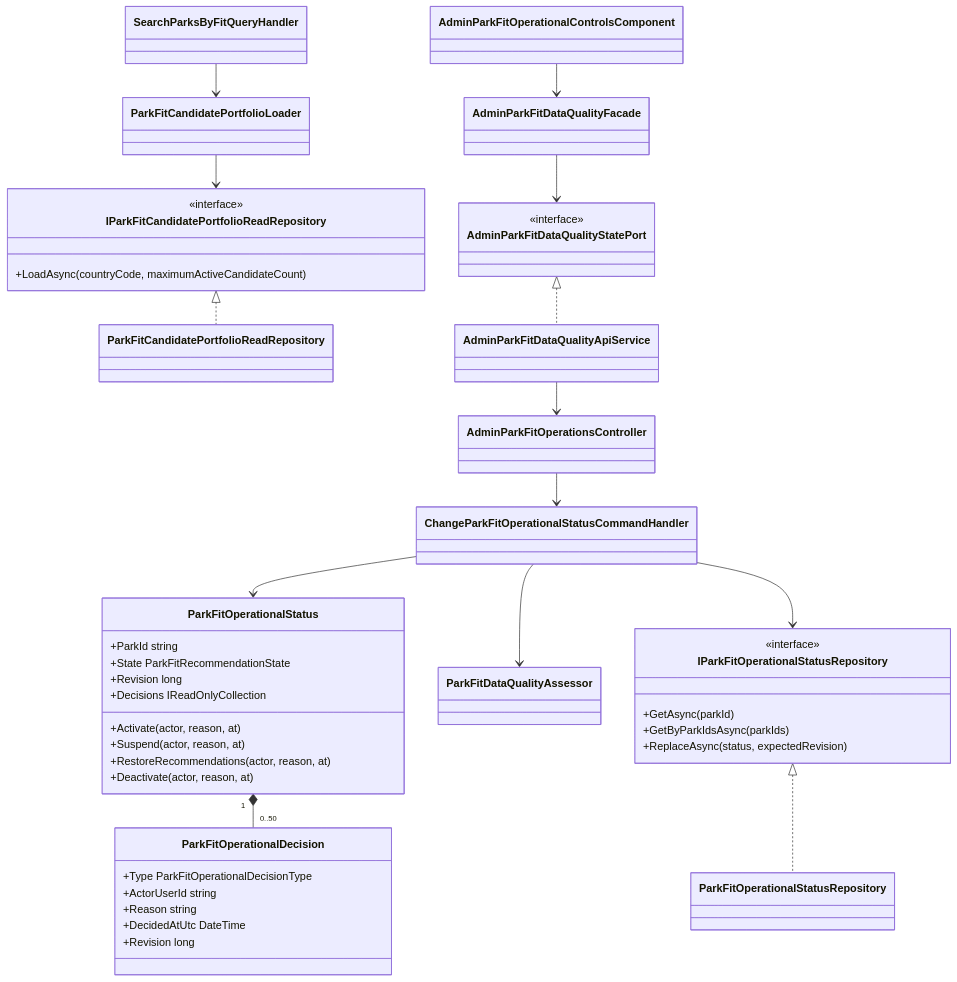
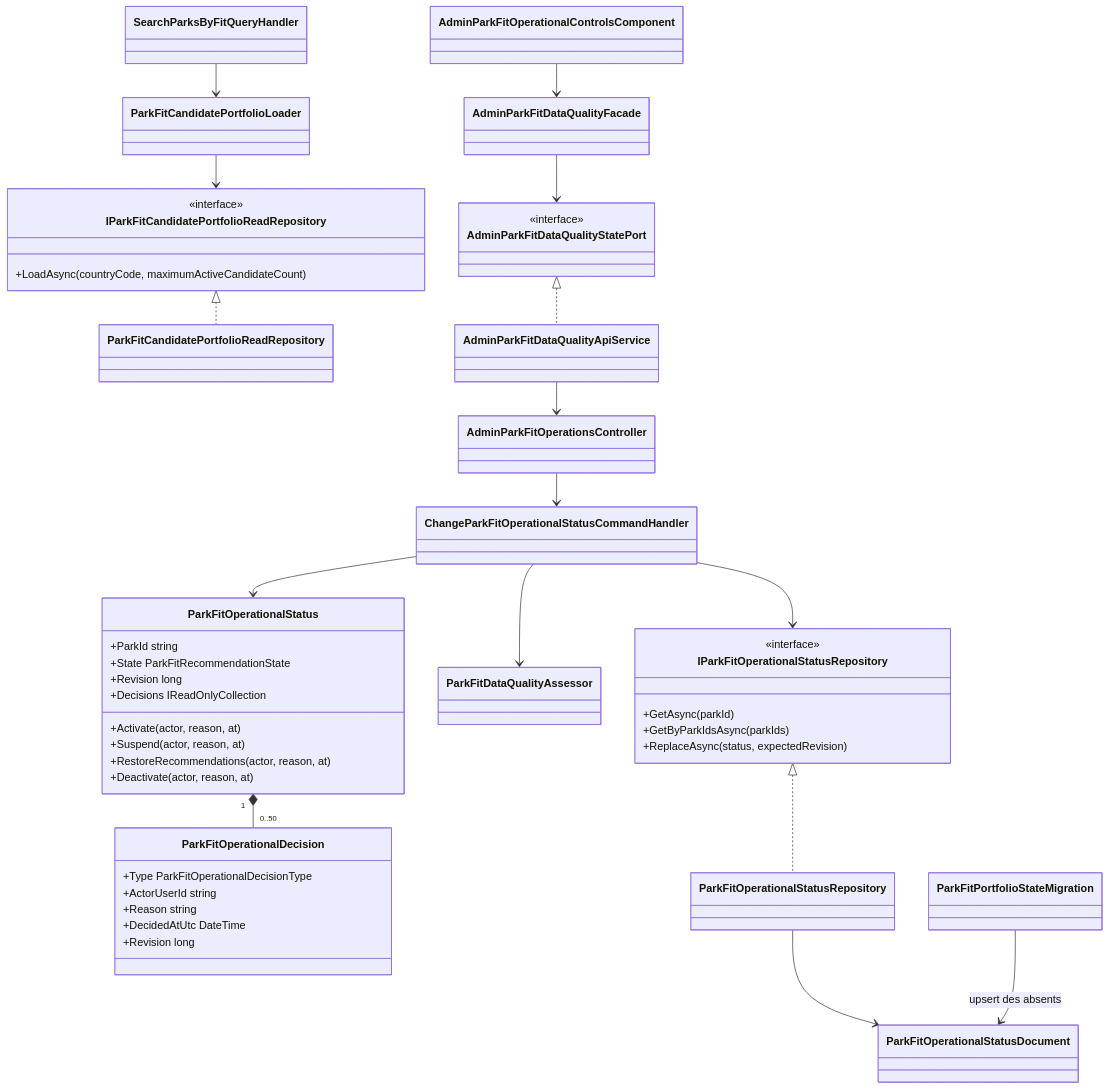
The second of 4 diagrams in docs/architecture/product-growth-fit-15-portfolio-activation-2026-09-14.md (Ced59/AmusementParkProject), drawn with Mermaid before and after one commit. The commit also changed other lines of this file and 12 other files, not shown here.

Commit message:
feat(fit): activate the managed park portfolio

````diff
--- a/docs/architecture/product-growth-fit-15-portfolio-activation-2026-09-14.md
+++ b/docs/architecture/product-growth-fit-15-portfolio-activation-2026-09-14.md
@@ -52,57 +52,61 @@
 ```mermaid
 classDiagram
     class ParkFitOperationalStatus {
       +ParkId string
       +State ParkFitRecommendationState
       +Revision long
       +Decisions IReadOnlyCollection
       +Activate(actor, reason, at)
       +Suspend(actor, reason, at)
       +RestoreRecommendations(actor, reason, at)
       +Deactivate(actor, reason, at)
     }
     class ParkFitOperationalDecision {
       +Type ParkFitOperationalDecisionType
       +ActorUserId string
       +Reason string
       +DecidedAtUtc DateTime
       +Revision long
     }
     class ChangeParkFitOperationalStatusCommandHandler
     class ParkFitDataQualityAssessor
     class IParkFitOperationalStatusRepository {
       <<interface>>
       +GetAsync(parkId)
       +GetByParkIdsAsync(parkIds)
       +ReplaceAsync(status, expectedRevision)
     }
     class ParkFitOperationalStatusRepository
+    class ParkFitOperationalStatusDocument
+    class ParkFitPortfolioStateMigration
     class SearchParksByFitQueryHandler
     class ParkFitCandidatePortfolioLoader
     class IParkFitCandidatePortfolioReadRepository {
       <<interface>>
       +LoadAsync(countryCode, maximumActiveCandidateCount)
     }
     class ParkFitCandidatePortfolioReadRepository
     class AdminParkFitOperationalControlsComponent
     class AdminParkFitDataQualityFacade
     class AdminParkFitDataQualityStatePort {
       <<interface>>
     }
     class AdminParkFitDataQualityApiService
     class AdminParkFitOperationsController
 
     ParkFitOperationalStatus "1" *-- "0..50" ParkFitOperationalDecision
     ChangeParkFitOperationalStatusCommandHandler --> ParkFitOperationalStatus
     ChangeParkFitOperationalStatusCommandHandler --> ParkFitDataQualityAssessor
     ChangeParkFitOperationalStatusCommandHandler --> IParkFitOperationalStatusRepository
     IParkFitOperationalStatusRepository <|.. ParkFitOperationalStatusRepository
+    ParkFitOperationalStatusRepository --> ParkFitOperationalStatusDocument
+    ParkFitPortfolioStateMigration --> ParkFitOperationalStatusDocument : upsert des absents
     SearchParksByFitQueryHandler --> ParkFitCandidatePortfolioLoader
     ParkFitCandidatePortfolioLoader --> IParkFitCandidatePortfolioReadRepository
     IParkFitCandidatePortfolioReadRepository <|.. ParkFitCandidatePortfolioReadRepository
     AdminParkFitOperationalControlsComponent --> AdminParkFitDataQualityFacade
     AdminParkFitDataQualityFacade --> AdminParkFitDataQualityStatePort
     AdminParkFitDataQualityStatePort <|.. AdminParkFitDataQualityApiService
     AdminParkFitDataQualityApiService --> AdminParkFitOperationsController
     AdminParkFitOperationsController --> ChangeParkFitOperationalStatusCommandHandler
 ```
````
